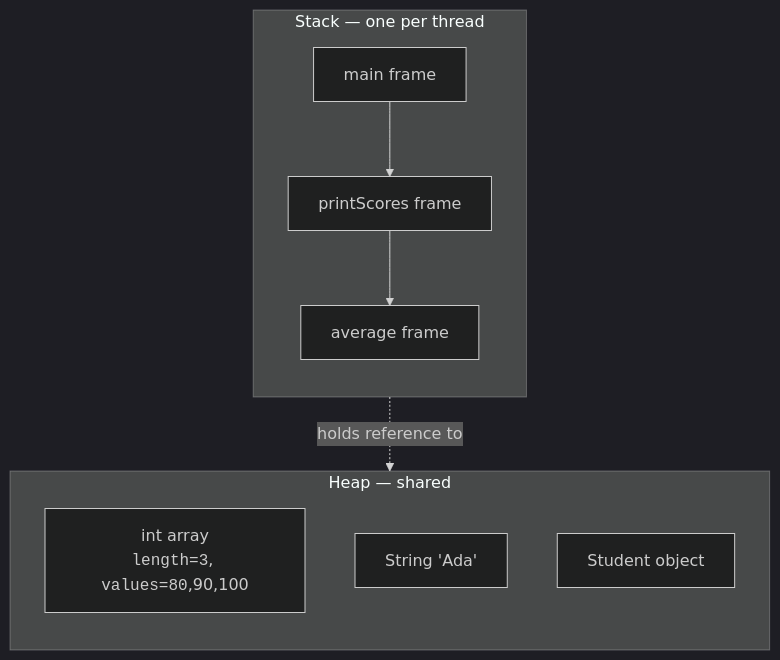
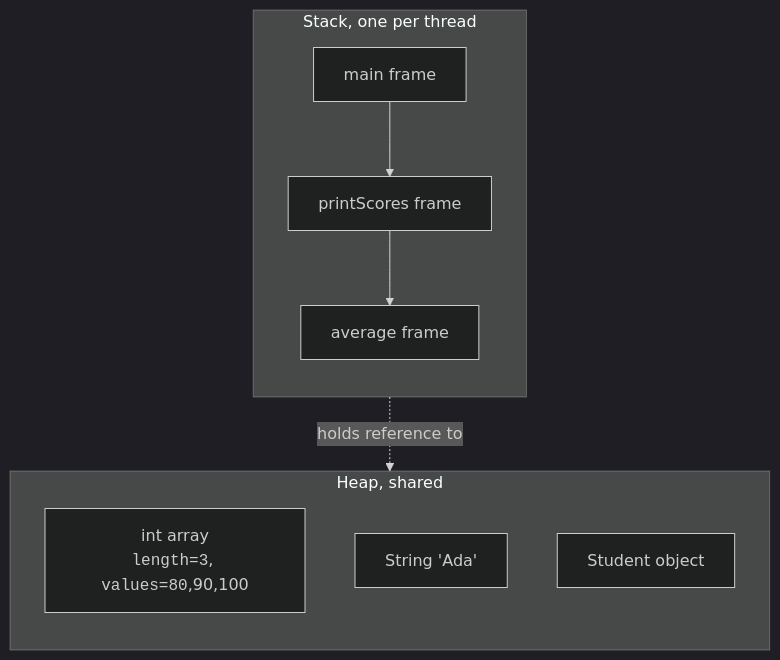
The first of 5 diagrams in content/courses/java-programming-for-beginners/stack-and-heap.mdx (dataslope/dataslope), drawn with Mermaid (dark theme) before and after one commit. The commit also changed other lines of this file and 1206 other files, not shown here.

````diff
--- a/content/courses/java-programming-for-beginners/stack-and-heap.mdx
+++ b/content/courses/java-programming-for-beginners/stack-and-heap.mdx
@@ -40,17 +40,17 @@
 ```mermaid
 flowchart TD
-    subgraph Stack[Stack — one per thread]
+    subgraph Stack[Stack, one per thread]
         direction TB
         F1[main frame]
         F2[printScores frame]
         F3[average frame]
         F1 --> F2 --> F3
     end
-    subgraph Heap[Heap — shared]
+    subgraph Heap[Heap, shared]
         direction TB
         O1["int array<br/><code>length=3</code>, <code>values=80</code>,90,100"]
         O2[String 'Ada']
         O3[Student object]
     end
     F2 -. holds reference to .-> O1
 ```
````
